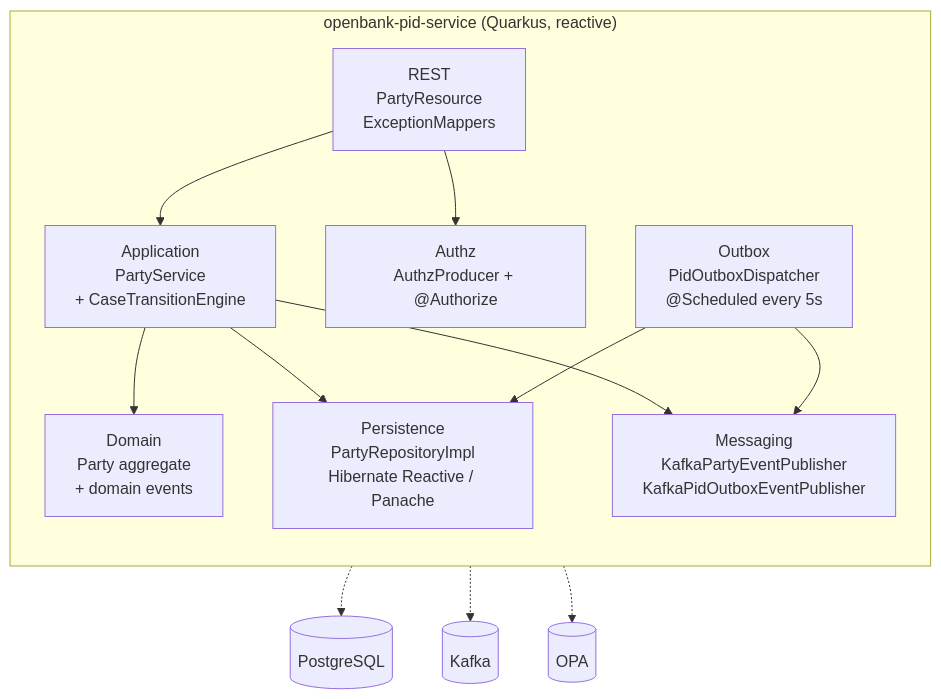
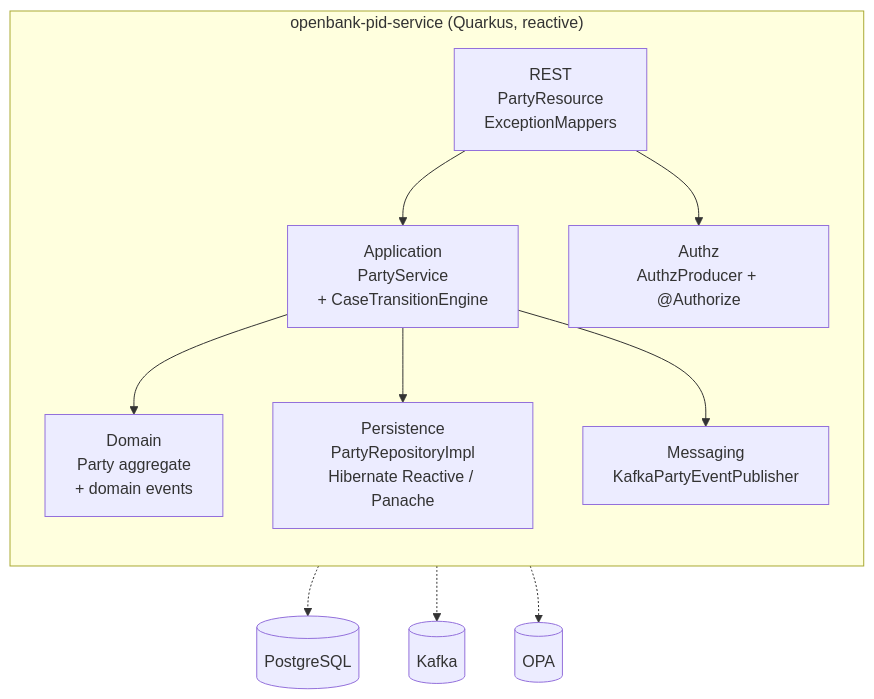
Before and after one commit to JiRaska/open-bank-oss: the second of 3 diagrams in openbank-pid-service/src/main/resources/docs/02-architecture.en.md, drawn with Mermaid. The commit also changed other lines of this file and 41 other files, not shown here.

First line of the commit message:
fix(pid): retire the unwired PID outbox channel

````diff
--- a/openbank-pid-service/src/main/resources/docs/02-architecture.en.md
+++ b/openbank-pid-service/src/main/resources/docs/02-architecture.en.md
@@ -37,25 +37,22 @@
 ```mermaid
 graph TB
   subgraph "openbank-pid-service (Quarkus, reactive)"
     direction TB
     rest[REST<br/>PartyResource<br/>ExceptionMappers]
     uc[Application<br/>PartyService<br/>+ CaseTransitionEngine]
     dom[Domain<br/>Party aggregate<br/>+ domain events]
     persist[Persistence<br/>PartyRepositoryImpl<br/>Hibernate Reactive / Panache]
-    obx["Outbox<br/>PidOutboxDispatcher<br/>@Scheduled every 5s"]
-    msg[Messaging<br/>KafkaPartyEventPublisher<br/>KafkaPidOutboxEventPublisher]
+    msg[Messaging<br/>KafkaPartyEventPublisher]
     authz["Authz<br/>AuthzProducer + @Authorize"]
   end
 
   rest --> uc
   rest --> authz
   uc --> dom
   uc --> persist
   uc --> msg
-  obx --> persist
-  obx --> msg
 
   persist -.-> db[(PostgreSQL)]
   msg -.-> kafka[(Kafka)]
   authz -.-> opa[(OPA)]
 ```
````
